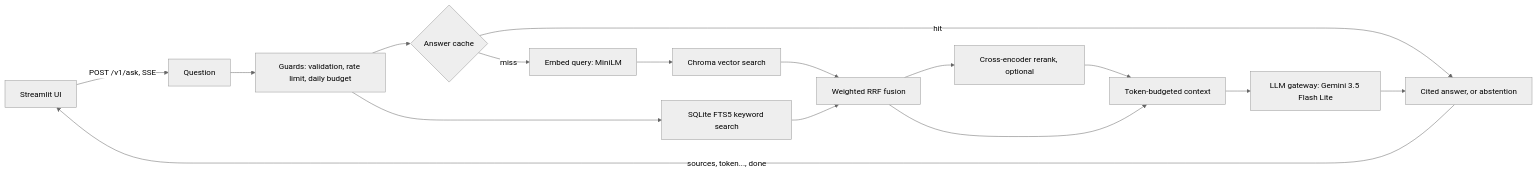
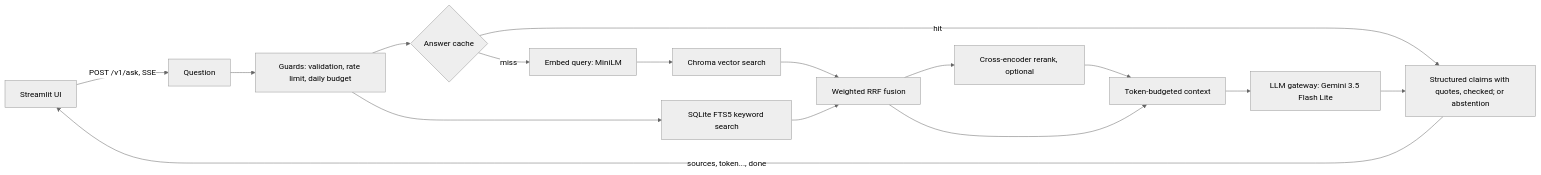
Before and after one commit to charan-ravikumar/Advanced-Rag: the diagram in README.md, drawn with Mermaid (neutral theme). The commit also changed other lines of this file and 45 other files, not shown here.

````diff
--- a/README.md
+++ b/README.md
@@ -53,18 +53,18 @@
 ```mermaid
 flowchart LR
     UI[Streamlit UI] -->|POST /v1/ask, SSE| Q[Question]
     Q --> G[Guards: validation, rate limit, daily budget]
     G --> C{Answer cache}
     C -- hit --> A
     C -- miss --> E[Embed query: MiniLM]
     E --> V[Chroma vector search]
     G --> L[SQLite FTS5 keyword search]
     V --> F[Weighted RRF fusion]
     L --> F
     F --> R[Cross-encoder rerank, optional]
     R --> X[Token-budgeted context]
     F --> X
     X --> LLM[LLM gateway: Gemini 3.5 Flash Lite]
-    LLM --> A[Cited answer, or abstention]
+    LLM --> A[Structured claims with quotes, checked; or abstention]
     A -->|sources, token..., done| UI
 ```
````
